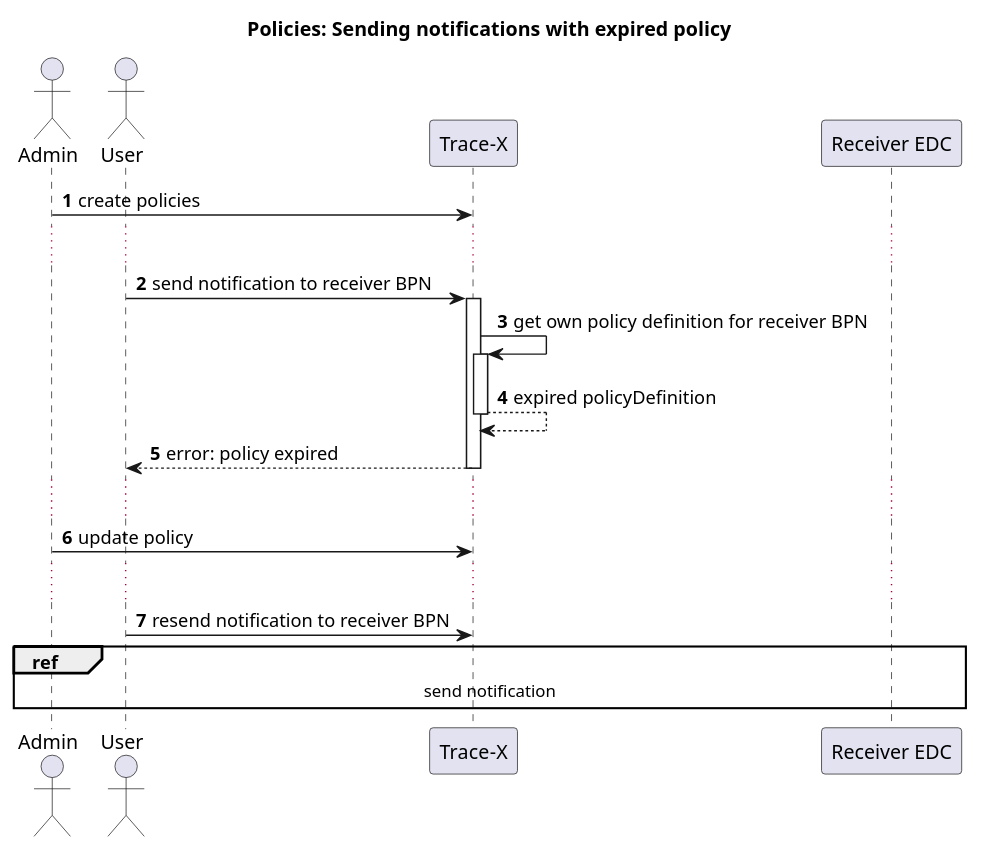
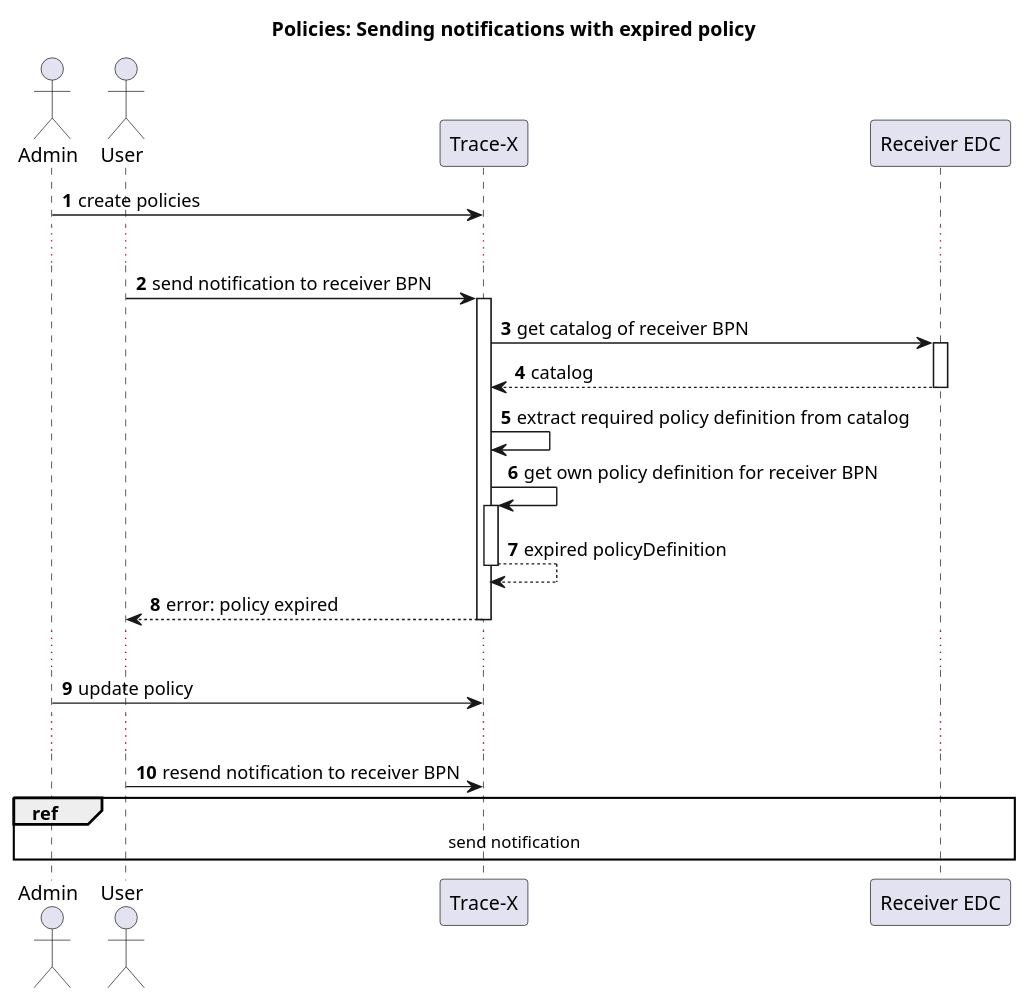
The diagram in docs/src/uml-diagrams/arc42/runtime-view/data-sovereignty/data-sovereignty-notifications-policy-expired.puml (eclipse-tractusx/traceability-foss), drawn with PlantUML before and after one commit. The commit also changed 12 other files, not shown here.

```diff
--- a/docs/src/uml-diagrams/arc42/runtime-view/data-sovereignty/data-sovereignty-notifications-policy-expired.puml
+++ b/docs/src/uml-diagrams/arc42/runtime-view/data-sovereignty/data-sovereignty-notifications-policy-expired.puml
@@ -1,27 +1,32 @@
 @startuml
 'https://plantuml.com/sequence-diagram
 autonumber
 title: Policies: Sending notifications with expired policy
 
 actor Admin
 actor User
 participant "Trace-X" as TraceX
 participant "Receiver EDC" as EDC
 
 Admin -> TraceX: create policies
 ...
 User -> TraceX: send notification to receiver BPN
 activate TraceX
+TraceX -> EDC: get catalog of receiver BPN
+activate EDC
+EDC --> TraceX: catalog
+deactivate EDC
+TraceX -> TraceX: extract required policy definition from catalog
 TraceX -> TraceX: get own policy definition for receiver BPN
 activate TraceX
 TraceX --> TraceX: expired policyDefinition
 deactivate TraceX
 TraceX --> User: error: policy expired
 deactivate TraceX
 ...
 Admin -> TraceX: update policy
 ...
 User -> TraceX: resend notification to receiver BPN
 ref over User, Admin, TraceX, EDC: send notification
 deactivate TraceX
 @enduml
```
